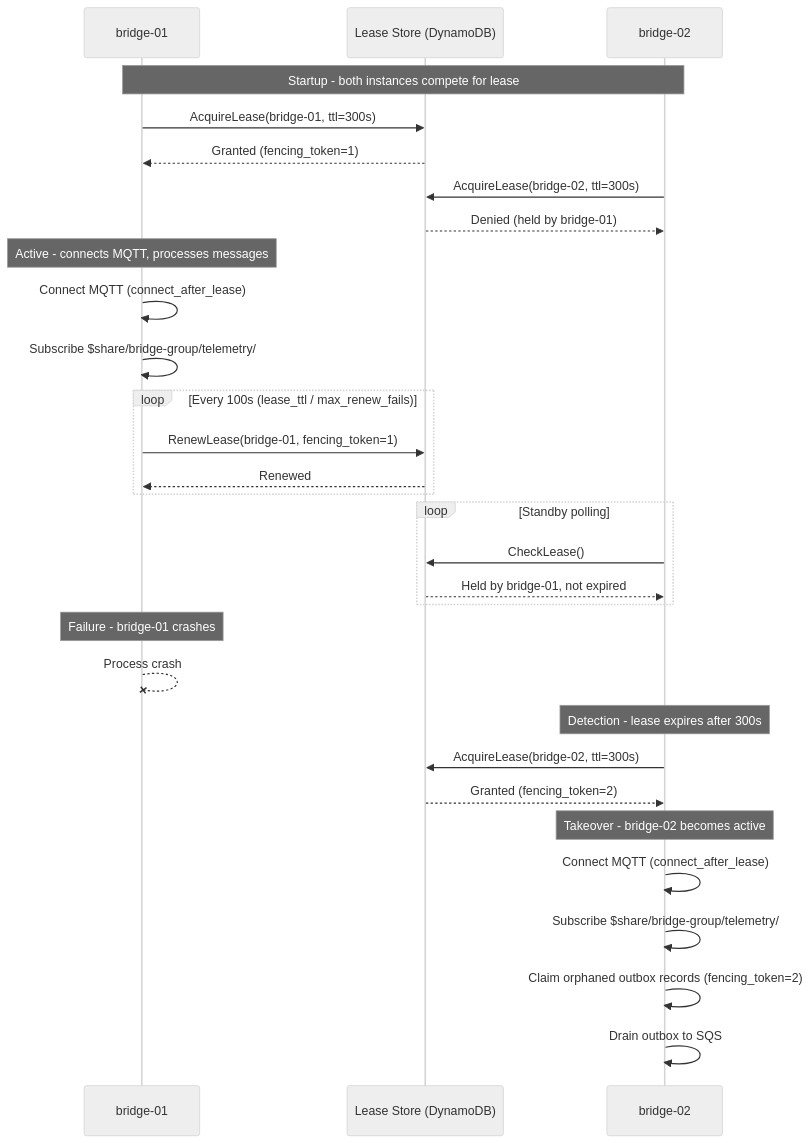
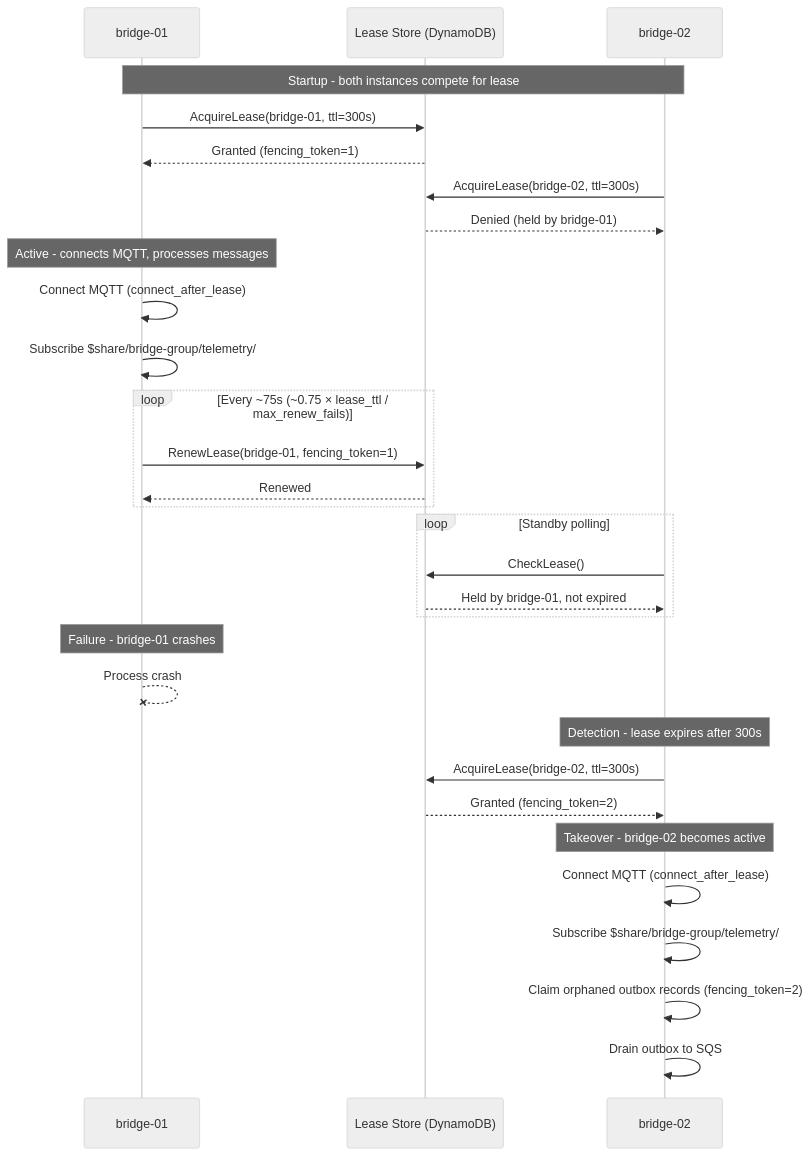
The second of 3 diagrams in docs/scenarios/08-clustered-exclusive-sessions.md (mariotoffia/gobridge), drawn with Mermaid (neutral theme) before and after one commit. The commit also changed other lines of this file and 56 other files, not shown here.

````diff
--- a/docs/scenarios/08-clustered-exclusive-sessions.md
+++ b/docs/scenarios/08-clustered-exclusive-sessions.md
@@ -233,44 +234,44 @@
 ```mermaid
 sequenceDiagram
     participant B1 as bridge-01
     participant LS as Lease Store (DynamoDB)
     participant B2 as bridge-02
 
     Note over B1,B2: Startup - both instances compete for lease
 
     B1->>LS: AcquireLease(bridge-01, ttl=300s)
     LS-->>B1: Granted (fencing_token=1)
     B2->>LS: AcquireLease(bridge-02, ttl=300s)
     LS-->>B2: Denied (held by bridge-01)
 
     Note over B1: Active - connects MQTT, processes messages
 
     B1->>B1: Connect MQTT (connect_after_lease)
     B1->>B1: Subscribe $share/bridge-group/telemetry/#
 
-    loop Every 100s (lease_ttl / max_renew_fails)
+    loop Every ~75s (~0.75 × lease_ttl / max_renew_fails)
         B1->>LS: RenewLease(bridge-01, fencing_token=1)
         LS-->>B1: Renewed
     end
 
     loop Standby polling
         B2->>LS: CheckLease()
         LS-->>B2: Held by bridge-01, not expired
     end
 
     Note over B1: Failure - bridge-01 crashes
 
     B1--xB1: Process crash
 
     Note over B2: Detection - lease expires after 300s
 
     B2->>LS: AcquireLease(bridge-02, ttl=300s)
     LS-->>B2: Granted (fencing_token=2)
 
     Note over B2: Takeover - bridge-02 becomes active
 
     B2->>B2: Connect MQTT (connect_after_lease)
     B2->>B2: Subscribe $share/bridge-group/telemetry/#
     B2->>B2: Claim orphaned outbox records (fencing_token=2)
     B2->>B2: Drain outbox to SQS
 ```
````
